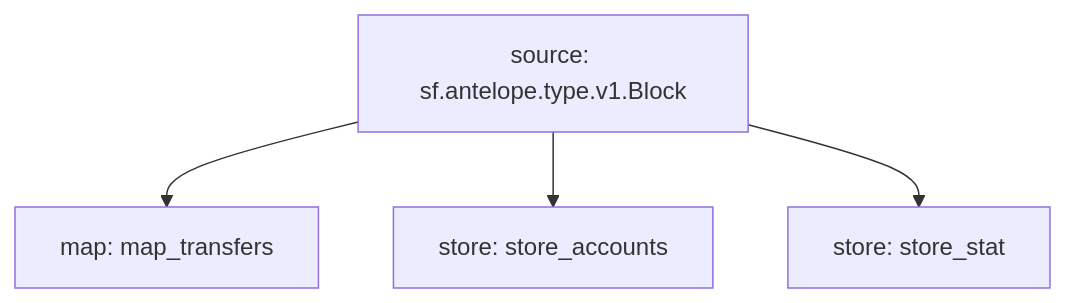
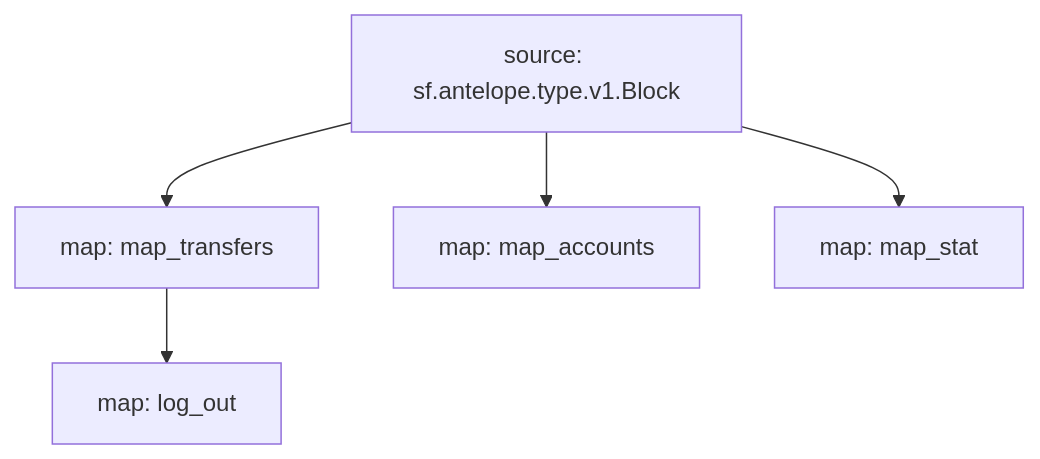
One commit to pinax-network/substreams changed the diagram in eosio.token/README.md. Above: the diagram before and after it, drawn with Mermaid. The commit also changed other lines of this file and 10 other files, not shown here.

````diff
--- a/eosio.token/README.md
+++ b/eosio.token/README.md
@@ -16,9 +16,11 @@
 ```mermaid
 graph TD;
   map_transfers[map: map_transfers]
   sf.antelope.type.v1.Block[source: sf.antelope.type.v1.Block] --> map_transfers
-  store_accounts[store: store_accounts]
-  sf.antelope.type.v1.Block[source: sf.antelope.type.v1.Block] --> store_accounts
-  store_stat[store: store_stat]
-  sf.antelope.type.v1.Block[source: sf.antelope.type.v1.Block] --> store_stat
+  map_accounts[map: map_accounts]
+  sf.antelope.type.v1.Block[source: sf.antelope.type.v1.Block] --> map_accounts
+  map_stat[map: map_stat]
+  sf.antelope.type.v1.Block[source: sf.antelope.type.v1.Block] --> map_stat
+  log_out[map: log_out]
+  map_transfers --> log_out
 ```
````
